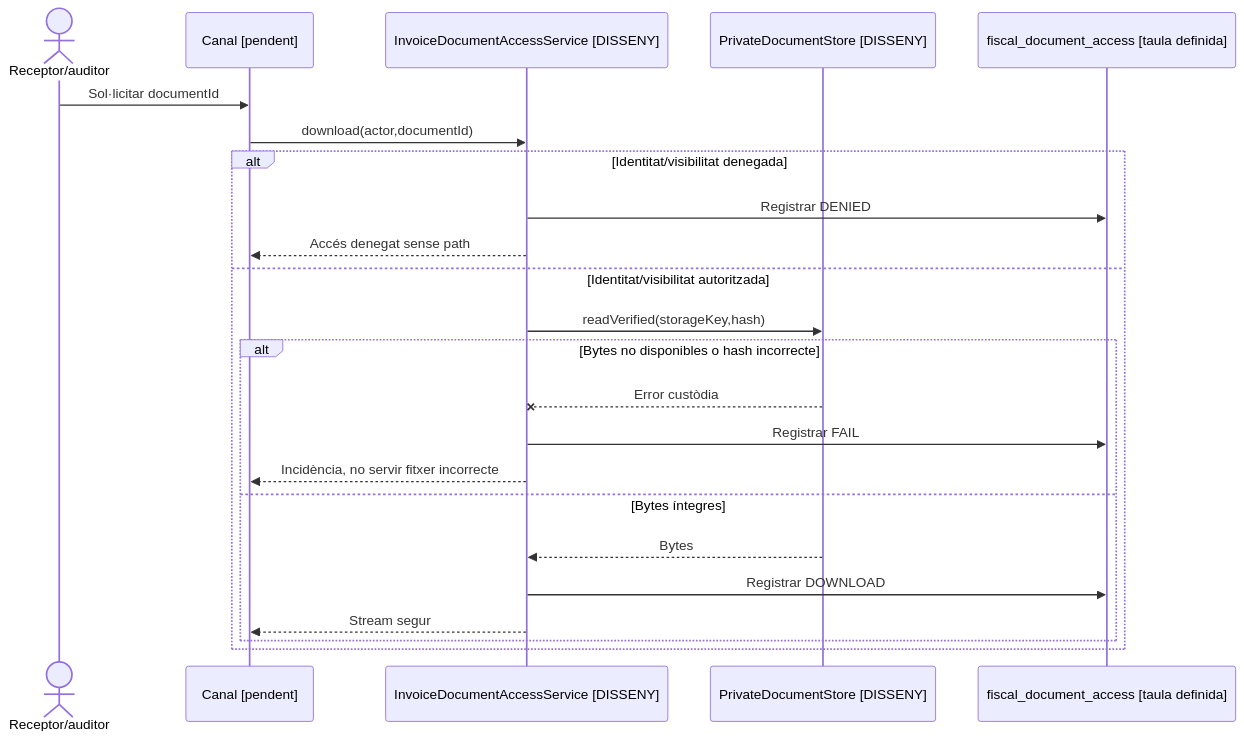
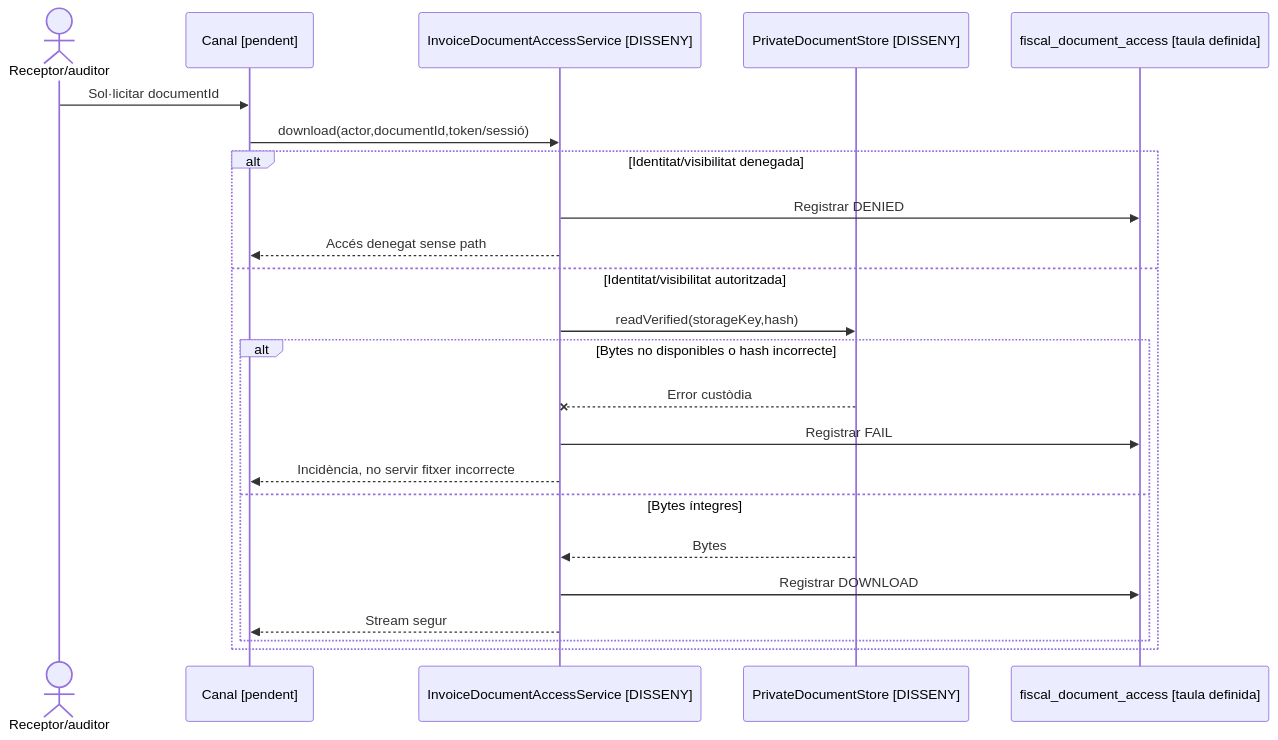
The fourth of 10 diagrams in documentacio/07-uml-integrat/uc-055-custodiar-reintentar-documents.md (orgmeriemprismacat-del/verifactu), drawn with Mermaid before and after one commit. The commit also changed other lines of this file, not shown here.

Commit message:
docs(uml): unificar el contracte de consulta documental entre UC-55 UC-80 i el model transversal

````diff
--- a/documentacio/07-uml-integrat/uc-055-custodiar-reintentar-documents.md
+++ b/documentacio/07-uml-integrat/uc-055-custodiar-reintentar-documents.md
@@ -160,25 +160,25 @@
 ```mermaid
 sequenceDiagram
 actor A as Receptor/auditor
 participant UI as Canal [pendent]
 participant Access as InvoiceDocumentAccessService [DISSENY]
 participant Store as PrivateDocumentStore [DISSENY]
 participant Audit as fiscal_document_access [taula definida]
 A->>UI: Sol·licitar documentId
-UI->>Access: download(actor,documentId)
+UI->>Access: download(actor,documentId,token/sessió)
 alt Identitat/visibilitat denegada
  Access->>Audit: Registrar DENIED
  Access-->>UI: Accés denegat sense path
 else Identitat/visibilitat autoritzada
  Access->>Store: readVerified(storageKey,hash)
  alt Bytes no disponibles o hash incorrecte
   Store--xAccess: Error custòdia
   Access->>Audit: Registrar FAIL
   Access-->>UI: Incidència, no servir fitxer incorrecte
  else Bytes íntegres
   Store-->>Access: Bytes
   Access->>Audit: Registrar DOWNLOAD
   Access-->>UI: Stream segur
  end
 end
 ```
````
